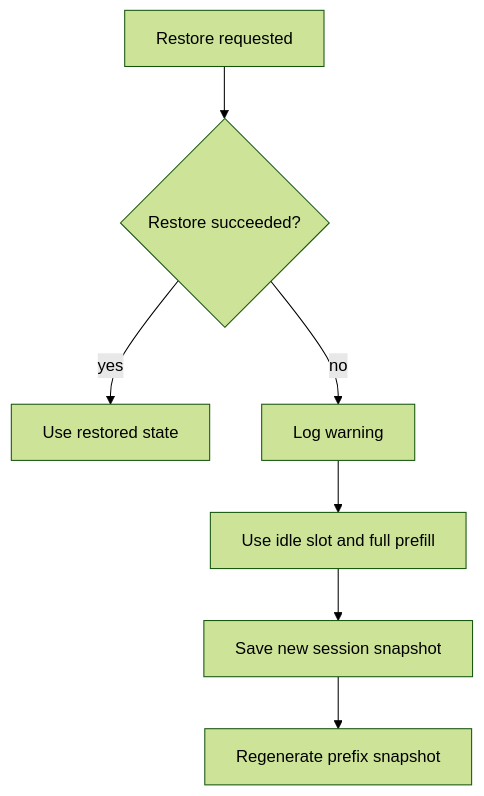
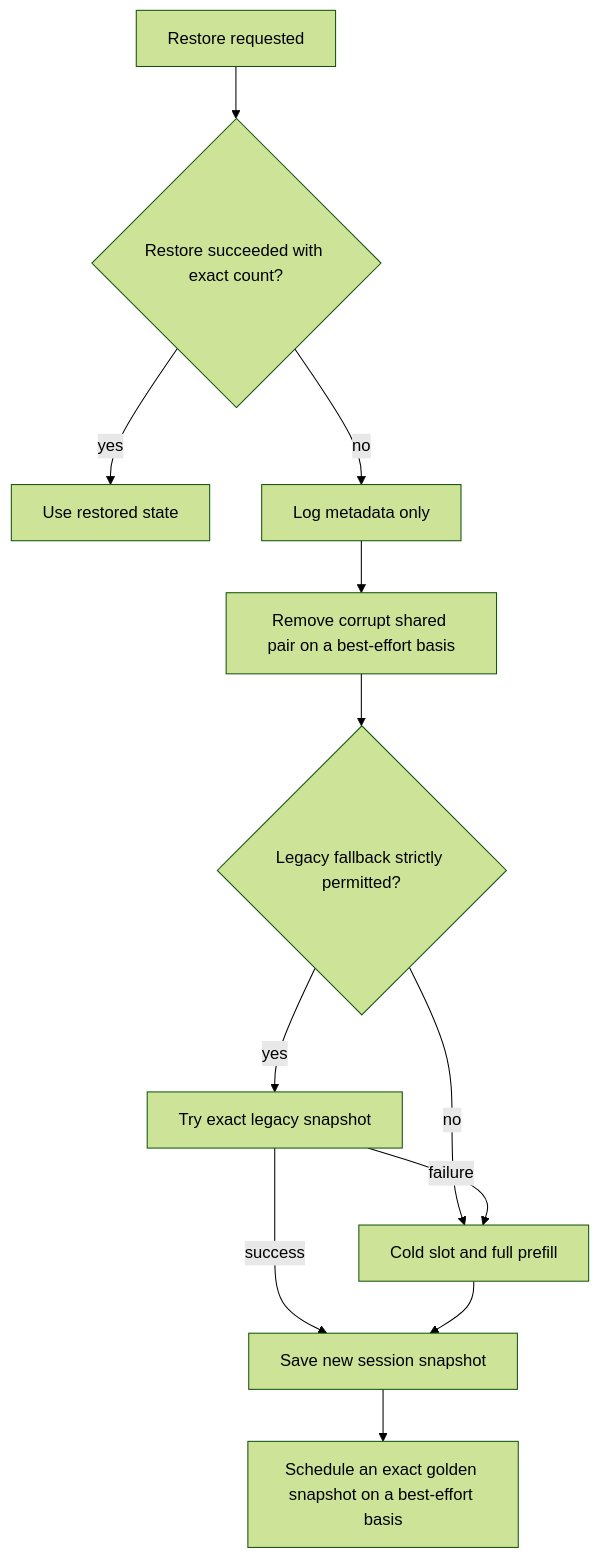
One commit to gbuisson/local-llm-kv-cache changed the eighth of 8 diagrams in DESIGN.md. Above: the diagram before and after it, drawn with Mermaid (forest theme). The commit also changed other lines of this file and 2 other files, not shown here.

```diff
--- a/DESIGN.md
+++ b/DESIGN.md
@@ -404,9 +504,14 @@
 ~~~mermaid
 flowchart TD
-    R["Restore requested"] --> OK{"Restore succeeded?"}
+    R["Restore requested"] --> OK{"Restore succeeded with exact count?"}
     OK -->|yes| HIT["Use restored state"]
-    OK -->|no| WARN["Log warning"]
-    WARN --> FULL["Use idle slot and full prefill"]
+    OK -->|no| WARN["Log metadata only"]
+    WARN --> CLEAN["Remove corrupt shared pair on a best-effort basis"]
+    CLEAN --> FALL{"Legacy fallback strictly permitted?"}
+    FALL -->|yes| LEGACY["Try exact legacy snapshot"]
+    FALL -->|no| FULL["Cold slot and full prefill"]
+    LEGACY -->|failure| FULL
+    LEGACY -->|success| SAVE
     FULL --> SAVE["Save new session snapshot"]
-    SAVE --> RESEED["Regenerate prefix snapshot"]
+    SAVE --> RESEED["Schedule an exact golden snapshot on a best-effort basis"]
 ~~~
```
